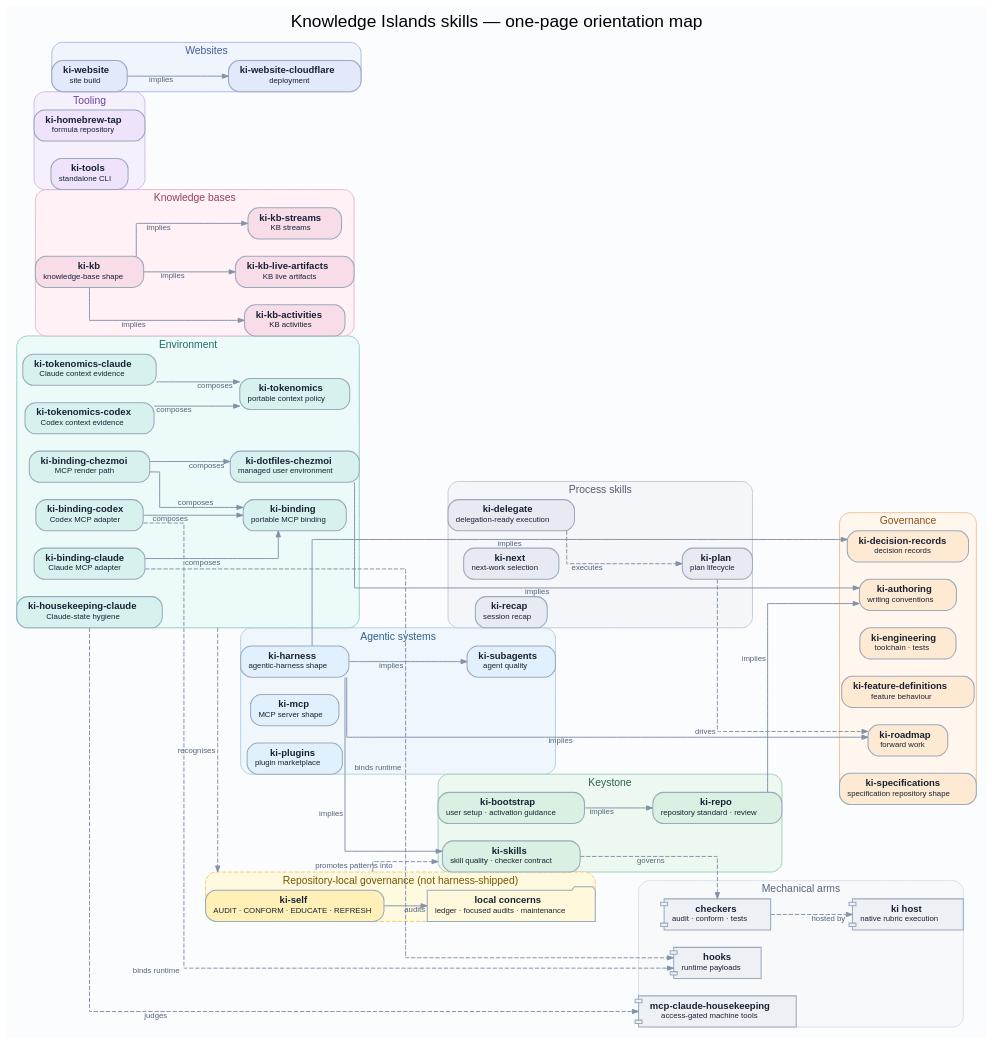
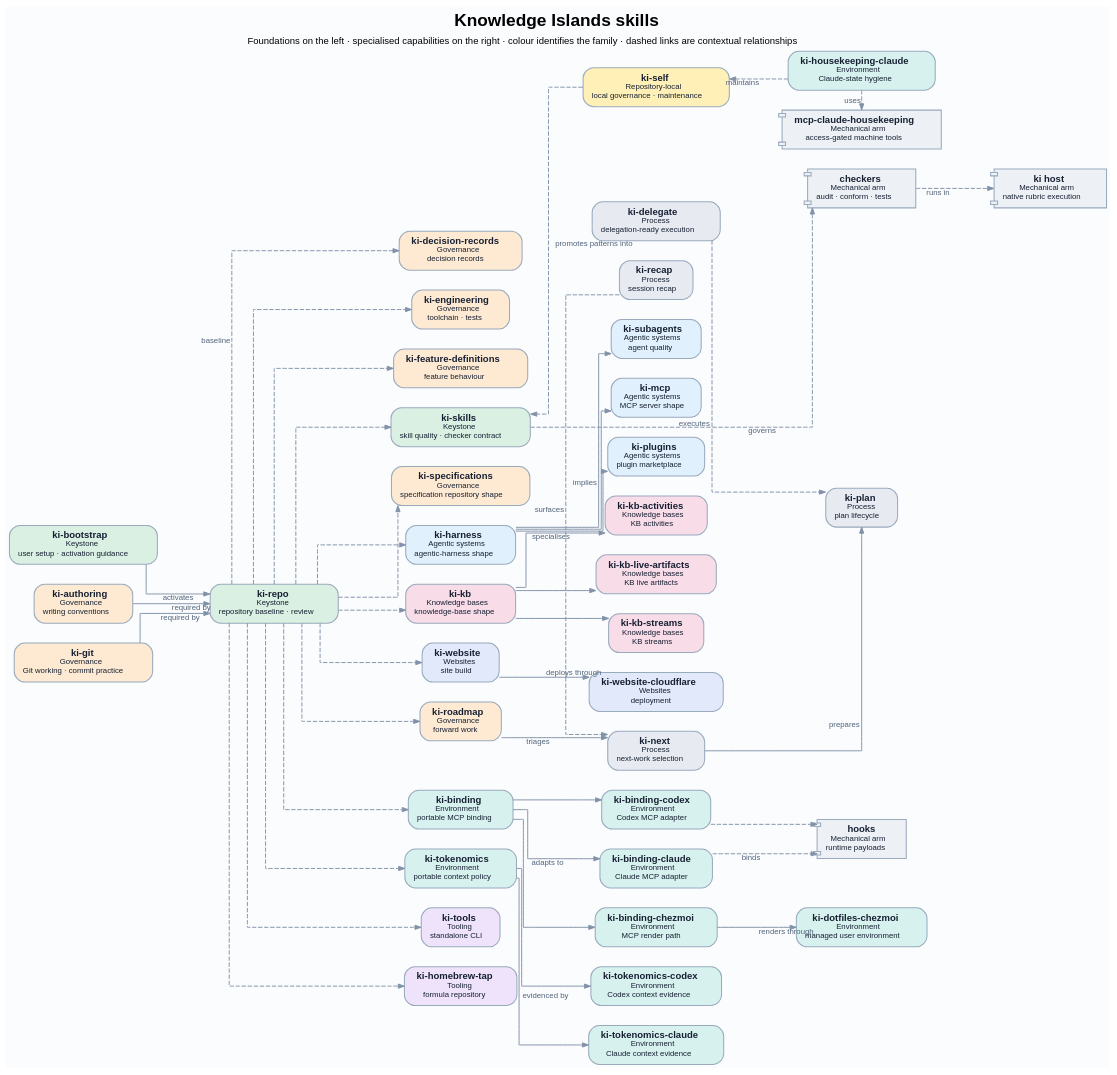
The diagram in docs/diagrams/skills-map.dot (knowledgeislands/arcadia-skills), drawn with Graphviz before and after one commit. The commit also changed 4 other files, not shown here.

Commit message:
docs(diagram): clarify skill dependency flow

```diff
--- a/docs/diagrams/skills-map.dot
+++ b/docs/diagrams/skills-map.dot
@@ -1,18 +1,23 @@
 // Canonical source for the harness skills map. DOT is authoritative; regenerate
 // skills-map.svg with: dot -Tsvg skills-map.dot -o skills-map.svg
+//
+// Flow is deliberately general-to-specialised, left-to-right. Colour and the
+// second line of each node identify the skill family; clusters would add a
+// competing spatial hierarchy and obscure the dependency flow.
 digraph skills_map {
   graph [
     bgcolor="#fbfcfe"
-    color="#d9e1ea"
-    compound=true
     fontname="Helvetica"
     fontsize=20
-    label="Knowledge Islands skills — one-page orientation map"
+    label=<
+      <b>Knowledge Islands skills</b><br/>
+      <font point-size="11">Foundations on the left · specialised capabilities on the right · colour identifies the family · dashed links are contextual relationships</font>
+    >
     labelloc=t
     margin=0.25
-    nodesep=0.28
+    nodesep=0.32
     rankdir=LR
-    ranksep=0.7
+    ranksep=0.85
     splines=ortho
   ]
 
@@ -21,7 +26,7 @@
     fontcolor="#172033"
     fontname="Helvetica"
     fontsize=11
-    margin="0.13,0.08"
+    margin="0.14,0.1"
     penwidth=1.2
     shape=box
     style="rounded,filled"
@@ -36,161 +41,110 @@
     penwidth=1.1
   ]
 
-  subgraph cluster_agentic_systems {
-    color="#a9cbe8"
-    fontcolor="#2e608d"
-    fontsize=12
-    label="Agentic systems"
-    style="rounded,filled"
-    fillcolor="#eff7fd"
-    harness [fillcolor="#e0f0fc", label=< <b>ki-harness</b><br/><font point-size="9">agentic-harness shape</font> >]
-    mcp [fillcolor="#e0f0fc", label=< <b>ki-mcp</b><br/><font point-size="9">MCP server shape</font> >]
-    plugins [fillcolor="#e0f0fc", label=< <b>ki-plugins</b><br/><font point-size="9">plugin marketplace</font> >]
-    agents [fillcolor="#e0f0fc", label=< <b>ki-subagents</b><br/><font point-size="9">agent quality</font> >]
-  }
+  // Foundation and repository roots.
+  bootstrap [fillcolor="#d9f0e2", label=< <b>ki-bootstrap</b><br/><font point-size="9">Keystone</font><br/><font point-size="9">user setup · activation guidance</font> >]
+  repo [fillcolor="#d9f0e2", label=< <b>ki-repo</b><br/><font point-size="9">Keystone</font><br/><font point-size="9">repository baseline · review</font> >]
 
-  subgraph cluster_environment {
-    color="#8fc9c4"
-    fontcolor="#1d6d67"
-    fontsize=12
-    label="Environment"
-    style="rounded,filled"
-    fillcolor="#ecfbf9"
-    binding [fillcolor="#d7f2ee", label=< <b>ki-binding</b><br/><font point-size="9">portable MCP binding</font> >]
-    binding_claude [fillcolor="#d7f2ee", label=< <b>ki-binding-claude</b><br/><font point-size="9">Claude MCP adapter</font> >]
-    binding_codex [fillcolor="#d7f2ee", label=< <b>ki-binding-codex</b><br/><font point-size="9">Codex MCP adapter</font> >]
-    binding_chezmoi [fillcolor="#d7f2ee", label=< <b>ki-binding-chezmoi</b><br/><font point-size="9">MCP render path</font> >]
-    dotfiles [fillcolor="#d7f2ee", label=< <b>ki-dotfiles-chezmoi</b><br/><font point-size="9">managed user environment</font> >]
-    housekeeping_claude [fillcolor="#d7f2ee", label=< <b>ki-housekeeping-claude</b><br/><font point-size="9">Claude-state hygiene</font> >]
-    tokenomics [fillcolor="#d7f2ee", label=< <b>ki-tokenomics</b><br/><font point-size="9">portable context policy</font> >]
-    tokenomics_claude [fillcolor="#d7f2ee", label=< <b>ki-tokenomics-claude</b><br/><font point-size="9">Claude context evidence</font> >]
-    tokenomics_codex [fillcolor="#d7f2ee", label=< <b>ki-tokenomics-codex</b><br/><font point-size="9">Codex context evidence</font> >]
-  }
+  // General standards and shared shapes.
+  authoring [fillcolor="#feead2", label=< <b>ki-authoring</b><br/><font point-size="9">Governance</font><br/><font point-size="9">writing conventions</font> >]
+  decisions [fillcolor="#feead2", label=< <b>ki-decision-records</b><br/><font point-size="9">Governance</font><br/><font point-size="9">decision records</font> >]
+  engineering [fillcolor="#feead2", label=< <b>ki-engineering</b><br/><font point-size="9">Governance</font><br/><font point-size="9">toolchain · tests</font> >]
+  features [fillcolor="#feead2", label=< <b>ki-feature-definitions</b><br/><font point-size="9">Governance</font><br/><font point-size="9">feature behaviour</font> >]
+  git [fillcolor="#feead2", label=< <b>ki-git</b><br/><font point-size="9">Governance</font><br/><font point-size="9">Git working · commit practice</font> >]
+  roadmap [fillcolor="#feead2", label=< <b>ki-roadmap</b><br/><font point-size="9">Governance</font><br/><font point-size="9">forward work</font> >]
+  specifications [fillcolor="#feead2", label=< <b>ki-specifications</b><br/><font point-size="9">Governance</font><br/><font point-size="9">specification repository shape</font> >]
+  skills [fillcolor="#d9f0e2", label=< <b>ki-skills</b><br/><font point-size="9">Keystone</font><br/><font point-size="9">skill quality · checker contract</font> >]
+  harness [fillcolor="#e0f0fc", label=< <b>ki-harness</b><br/><font point-size="9">Agentic systems</font><br/><font point-size="9">agentic-harness shape</font> >]
+  kb [fillcolor="#f8dce8", label=< <b>ki-kb</b><br/><font point-size="9">Knowledge bases</font><br/><font point-size="9">knowledge-base shape</font> >]
+  website [fillcolor="#e1e9fb", label=< <b>ki-website</b><br/><font point-size="9">Websites</font><br/><font point-size="9">site build</font> >]
+  binding [fillcolor="#d7f2ee", label=< <b>ki-binding</b><br/><font point-size="9">Environment</font><br/><font point-size="9">portable MCP binding</font> >]
+  tokenomics [fillcolor="#d7f2ee", label=< <b>ki-tokenomics</b><br/><font point-size="9">Environment</font><br/><font point-size="9">portable context policy</font> >]
+  tools [fillcolor="#eee3fb", label=< <b>ki-tools</b><br/><font point-size="9">Tooling</font><br/><font point-size="9">standalone CLI</font> >]
+  tap [fillcolor="#eee3fb", label=< <b>ki-homebrew-tap</b><br/><font point-size="9">Tooling</font><br/><font point-size="9">formula repository</font> >]
 
-  subgraph cluster_governance {
-    color="#f0bd86"
-    fontcolor="#8c4d16"
-    fontsize=12
-    label="Governance"
-    style="rounded,filled"
-    fillcolor="#fff7ed"
-    authoring [fillcolor="#feead2", label=< <b>ki-authoring</b><br/><font point-size="9">writing conventions</font> >, tooltip="Markdown and TOML authoring conventions"]
-    decisions [fillcolor="#feead2", label=< <b>ki-decision-records</b><br/><font point-size="9">decision records</font> >]
-    engineering [fillcolor="#feead2", label=< <b>ki-engineering</b><br/><font point-size="9">toolchain · tests</font> >, tooltip="Engineering toolchain and tests"]
-    features [fillcolor="#feead2", label=< <b>ki-feature-definitions</b><br/><font point-size="9">feature behaviour</font> >]
-    roadmap [fillcolor="#feead2", label=< <b>ki-roadmap</b><br/><font point-size="9">forward work</font> >]
-    specifications [fillcolor="#feead2", label=< <b>ki-specifications</b><br/><font point-size="9">specification repository shape</font> >]
-  }
+  // Specialisations, process capabilities, and runtime-facing skills.
+  agents [fillcolor="#e0f0fc", label=< <b>ki-subagents</b><br/><font point-size="9">Agentic systems</font><br/><font point-size="9">agent quality</font> >]
+  mcp [fillcolor="#e0f0fc", label=< <b>ki-mcp</b><br/><font point-size="9">Agentic systems</font><br/><font point-size="9">MCP server shape</font> >]
+  plugins [fillcolor="#e0f0fc", label=< <b>ki-plugins</b><br/><font point-size="9">Agentic systems</font><br/><font point-size="9">plugin marketplace</font> >]
+  kb_activities [fillcolor="#f8dce8", label=< <b>ki-kb-activities</b><br/><font point-size="9">Knowledge bases</font><br/><font point-size="9">KB activities</font> >]
+  kb_artifacts [fillcolor="#f8dce8", label=< <b>ki-kb-live-artifacts</b><br/><font point-size="9">Knowledge bases</font><br/><font point-size="9">KB live artifacts</font> >]
+  kb_streams [fillcolor="#f8dce8", label=< <b>ki-kb-streams</b><br/><font point-size="9">Knowledge bases</font><br/><font point-size="9">KB streams</font> >]
+  cloudflare [fillcolor="#e1e9fb", label=< <b>ki-website-cloudflare</b><br/><font point-size="9">Websites</font><br/><font point-size="9">deployment</font> >]
+  binding_claude [fillcolor="#d7f2ee", label=< <b>ki-binding-claude</b><br/><font point-size="9">Environment</font><br/><font point-size="9">Claude MCP adapter</font> >]
+  binding_codex [fillcolor="#d7f2ee", label=< <b>ki-binding-codex</b><br/><font point-size="9">Environment</font><br/><font point-size="9">Codex MCP adapter</font> >]
+  binding_chezmoi [fillcolor="#d7f2ee", label=< <b>ki-binding-chezmoi</b><br/><font point-size="9">Environment</font><br/><font point-size="9">MCP render path</font> >]
+  dotfiles [fillcolor="#d7f2ee", label=< <b>ki-dotfiles-chezmoi</b><br/><font point-size="9">Environment</font><br/><font point-size="9">managed user environment</font> >]
+  housekeeping_claude [fillcolor="#d7f2ee", label=< <b>ki-housekeeping-claude</b><br/><font point-size="9">Environment</font><br/><font point-size="9">Claude-state hygiene</font> >]
+  tokenomics_claude [fillcolor="#d7f2ee", label=< <b>ki-tokenomics-claude</b><br/><font point-size="9">Environment</font><br/><font point-size="9">Claude context evidence</font> >]
+  tokenomics_codex [fillcolor="#d7f2ee", label=< <b>ki-tokenomics-codex</b><br/><font point-size="9">Environment</font><br/><font point-size="9">Codex context evidence</font> >]
+  delegate [fillcolor="#e7ebf1", label=< <b>ki-delegate</b><br/><font point-size="9">Process</font><br/><font point-size="9">delegation-ready execution</font> >]
+  next [fillcolor="#e7ebf1", label=< <b>ki-next</b><br/><font point-size="9">Process</font><br/><font point-size="9">next-work selection</font> >]
+  plan [fillcolor="#e7ebf1", label=< <b>ki-plan</b><br/><font point-size="9">Process</font><br/><font point-size="9">plan lifecycle</font> >]
+  recap [fillcolor="#e7ebf1", label=< <b>ki-recap</b><br/><font point-size="9">Process</font><br/><font point-size="9">session recap</font> >]
+  self [fillcolor="#fff0b8", label=< <b>ki-self</b><br/><font point-size="9">Repository-local</font><br/><font point-size="9">local governance · maintenance</font> >]
 
-  subgraph cluster_keystone {
-    color="#9ac8b1"
-    fontcolor="#266242"
-    fontsize=12
-    label="Keystone"
-    style="rounded,filled"
-    fillcolor="#edf8f1"
-    bootstrap [fillcolor="#d9f0e2", label=< <b>ki-bootstrap</b><br/><font point-size="9">user setup · activation guidance</font> >, tooltip="Guidance for CLI bootstrap, harnesses, and skill activation"]
-    repo [fillcolor="#d9f0e2", label=< <b>ki-repo</b><br/><font point-size="9">repository standard · review</font> >, tooltip="Repository structure, settings, .ki-config.toml, and human-led review"]
-    skills [fillcolor="#d9f0e2", label=< <b>ki-skills</b><br/><font point-size="9">skill quality · checker contract</font> >]
-  }
+  // The runtime arms are deliberately visibly secondary: they are not skills.
+  checkers [fillcolor="#edf1f5", label=< <b>checkers</b><br/><font point-size="9">Mechanical arm</font><br/><font point-size="9">audit · conform · tests</font> >, shape=component]
+  native_host [fillcolor="#edf1f5", label=< <b>ki host</b><br/><font point-size="9">Mechanical arm</font><br/><font point-size="9">native rubric execution</font> >, shape=component]
+  mcp_housekeeping [fillcolor="#edf1f5", label=< <b>mcp-claude-housekeeping</b><br/><font point-size="9">Mechanical arm</font><br/><font point-size="9">access-gated machine tools</font> >, shape=component]
+  hooks [fillcolor="#edf1f5", label=< <b>hooks</b><br/><font point-size="9">Mechanical arm</font><br/><font point-size="9">runtime payloads</font> >, shape=component]
 
-  subgraph cluster_knowledge_bases {
-    color="#e7b0c9"
-    fontcolor="#91405f"
-    fontsize=12
-    label="Knowledge bases"
-    style="rounded,filled"
-    fillcolor="#fff1f6"
-    kb [fillcolor="#f8dce8", label=< <b>ki-kb</b><br/><font point-size="9">knowledge-base shape</font> >]
-    kb_activities [fillcolor="#f8dce8", label=< <b>ki-kb-activities</b><br/><font point-size="9">KB activities</font> >]
-    kb_artifacts [fillcolor="#f8dce8", label=< <b>ki-kb-live-artifacts</b><br/><font point-size="9">KB live artifacts</font> >]
-    kb_streams [fillcolor="#f8dce8", label=< <b>ki-kb-streams</b><br/><font point-size="9">KB streams</font> >]
-  }
+  // Left-to-right layers are semantic, not family-based.
+  { rank=same; bootstrap; authoring; git }
+  { rank=same; repo }
+  { rank=same; decisions; engineering; features; roadmap; specifications; skills; harness; kb; website; binding; tokenomics; tools; tap }
+  { rank=same; agents; mcp; plugins; kb_activities; kb_artifacts; kb_streams; cloudflare; binding_claude; binding_codex; binding_chezmoi; tokenomics_claude; tokenomics_codex; delegate; next; recap; self }
+  { rank=same; dotfiles; housekeeping_claude; plan; checkers; mcp_housekeeping; hooks }
+  { rank=same; native_host }
 
-  subgraph cluster_process {
-    color="#bfc6d3"
-    fontcolor="#4f5c70"
-    fontsize=12
-    label="Process skills"
-    style="rounded,filled"
-    fillcolor="#f4f6f9"
-    delegate [fillcolor="#e7ebf1", label=< <b>ki-delegate</b><br/><font point-size="9">delegation-ready execution</font> >]
-    next [fillcolor="#e7ebf1", label=< <b>ki-next</b><br/><font point-size="9">next-work selection</font> >]
-    plan [fillcolor="#e7ebf1", label=< <b>ki-plan</b><br/><font point-size="9">plan lifecycle</font> >]
-    recap [fillcolor="#e7ebf1", label=< <b>ki-recap</b><br/><font point-size="9">session recap</font> >]
-  }
+  // Formal ki-repo prerequisites. The remaining links below are conceptual
+  // baseline / specialisation relationships, not implicit ki-depends-on edges.
+  bootstrap -> repo [xlabel="activates"]
+  authoring -> repo [xlabel="required by"]
+  git -> repo [xlabel="required by"]
 
-  subgraph cluster_tooling {
-    color="#c9b3e8"
-    fontcolor="#67439b"
-    fontsize=12
-    label="Tooling"
-    style="rounded,filled"
-    fillcolor="#f6f0fc"
-    tap [fillcolor="#eee3fb", label=< <b>ki-homebrew-tap</b><br/><font point-size="9">formula repository</font> >]
-    tools [fillcolor="#eee3fb", label=< <b>ki-tools</b><br/><font point-size="9">standalone CLI</font> >]
-  }
+  // Repository baseline: these skills establish a repository's shared contract.
+  repo -> decisions [xlabel="baseline", style=dashed]
+  repo -> engineering [style=dashed]
+  repo -> features [style=dashed]
+  repo -> roadmap [style=dashed]
+  repo -> specifications [style=dashed]
+  repo -> skills [style=dashed]
+  repo -> harness [style=dashed]
+  repo -> kb [style=dashed]
+  repo -> website [style=dashed]
+  repo -> binding [style=dashed]
+  repo -> tokenomics [style=dashed]
+  repo -> tools [style=dashed]
+  repo -> tap [style=dashed]
 
-  subgraph cluster_websites {
-    color="#9fb4e8"
-    fontcolor="#405b91"
-    fontsize=12
-    label="Websites"
-    style="rounded,filled"
-    fillcolor="#f0f4fd"
-    website [fillcolor="#e1e9fb", label=< <b>ki-website</b><br/><font point-size="9">site build</font> >]
-    cloudflare [fillcolor="#e1e9fb", label=< <b>ki-website-cloudflare</b><br/><font point-size="9">deployment</font> >]
-  }
+  // Shape and capability specialisation.
+  harness -> agents [xlabel="implies"]
+  harness -> mcp
+  harness -> plugins
+  kb -> kb_activities [xlabel="specialises"]
+  kb -> kb_artifacts
+  kb -> kb_streams
+  website -> cloudflare [xlabel="deploys through"]
+  binding -> binding_claude [xlabel="adapts to"]
+  binding -> binding_codex
+  binding -> binding_chezmoi
+  binding_chezmoi -> dotfiles [xlabel="renders through"]
+  tokenomics -> tokenomics_claude [xlabel="evidenced by"]
+  tokenomics -> tokenomics_codex
 
-  subgraph cluster_local {
-    color="#f1c65f"
-    fontcolor="#735500"
-    fontsize=12
-    label="Repository-local governance (not harness-shipped)"
-    style="rounded,filled,dashed"
-    fillcolor="#fff9df"
-    self [fillcolor="#fff0b8", label=< <b>ki-self</b><br/><font point-size="9">AUDIT · CONFORM · EDUCATE · REFRESH</font> >, tooltip="Local concerns; audit is the repository-local housekeeping audit"]
-    concerns [fillcolor="#fff8db", label=< <b>local concerns</b><br/><font point-size="9">ledger · focused audits · maintenance</font> >, shape=folder, tooltip="Repository-specific checks and semi-regular human review"]
-  }
+  // Process and local-governance relationships.
+  roadmap -> next [xlabel="triages"]
+  next -> plan [xlabel="prepares"]
+  recap -> next [xlabel="surfaces", style=dashed]
+  delegate -> plan [xlabel="executes", style=dashed]
+  self -> skills [xlabel="promotes patterns into", style=dashed]
+  housekeeping_claude -> self [xlabel="maintains", style=dashed]
 
-  subgraph cluster_arms {
-    color="#d6dde7"
-    fontcolor="#56677b"
-    fontsize=12
-    label="Mechanical arms"
-    style="rounded,filled"
-    fillcolor="#f7f9fb"
-    checkers [fillcolor="#edf1f5", label=< <b>checkers</b><br/><font point-size="9">audit · conform · tests</font> >, shape=component]
-    native_host [fillcolor="#edf1f5", label=< <b>ki host</b><br/><font point-size="9">native rubric execution</font> >, shape=component]
-    mcp_housekeeping [fillcolor="#edf1f5", label=< <b>mcp-claude-housekeeping</b><br/><font point-size="9">access-gated machine tools</font> >, shape=component]
-    hooks [fillcolor="#edf1f5", label=< <b>hooks</b><br/><font point-size="9">runtime payloads</font> >, shape=component]
-  }
-
-  bootstrap -> repo [xlabel="implies"]
-  repo -> authoring [xlabel="implies"]
-  harness -> skills [xlabel="implies"]
-  harness -> agents [xlabel="implies"]
-  harness -> decisions [xlabel="implies"]
-  harness -> roadmap [xlabel="implies"]
-  kb -> kb_activities [xlabel="implies"]
-  kb -> kb_artifacts [xlabel="implies"]
-  kb -> kb_streams [xlabel="implies"]
-  website -> cloudflare [xlabel="implies"]
-  dotfiles -> authoring [xlabel="implies"]
-  binding_chezmoi -> binding [xlabel="composes"]
-  binding_chezmoi -> dotfiles [xlabel="composes"]
-  binding_claude -> binding [xlabel="composes"]
-  binding_codex -> binding [xlabel="composes"]
-  tokenomics_claude -> tokenomics [xlabel="composes"]
-  tokenomics_codex -> tokenomics [xlabel="composes"]
-  plan -> roadmap [xlabel="drives", style=dashed]
-  delegate -> plan [xlabel="executes", style=dashed]
-  housekeeping_claude -> mcp_housekeeping [xlabel="judges", style=dashed]
-  housekeeping_claude -> self [xlabel="recognises", style=dashed, ltail=cluster_environment, lhead=cluster_local]
-  self -> concerns [xlabel="audits"]
-  self -> skills [xlabel="promotes patterns into", style=dashed, ltail=cluster_local, lhead=cluster_keystone]
+  // Hosted runtime relationships.
   skills -> checkers [xlabel="governs", style=dashed]
-  checkers -> native_host [xlabel="hosted by", style=dashed]
-  binding_claude -> hooks [xlabel="binds runtime", style=dashed]
-  binding_codex -> hooks [xlabel="binds runtime", style=dashed]
+  checkers -> native_host [xlabel="runs in", style=dashed]
+  housekeeping_claude -> mcp_housekeeping [xlabel="uses", style=dashed]
+  binding_claude -> hooks [xlabel="binds", style=dashed]
+  binding_codex -> hooks [style=dashed]
 }
```
